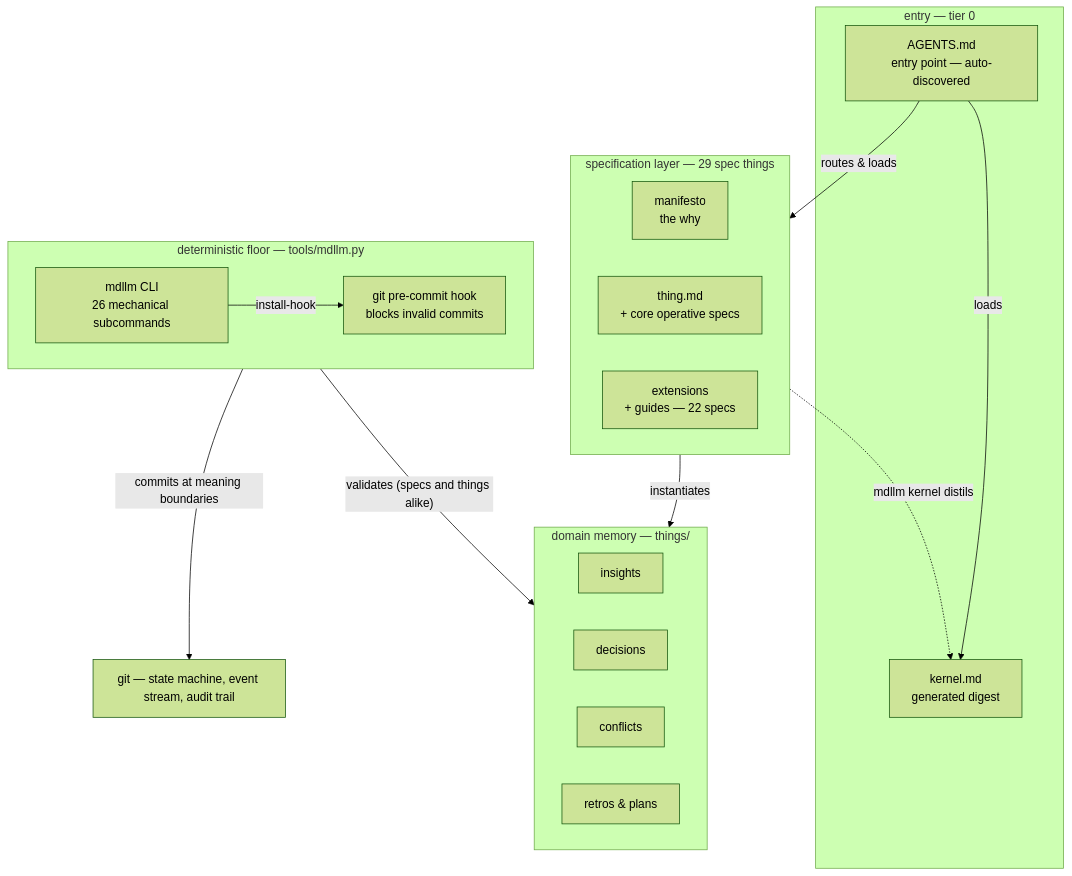
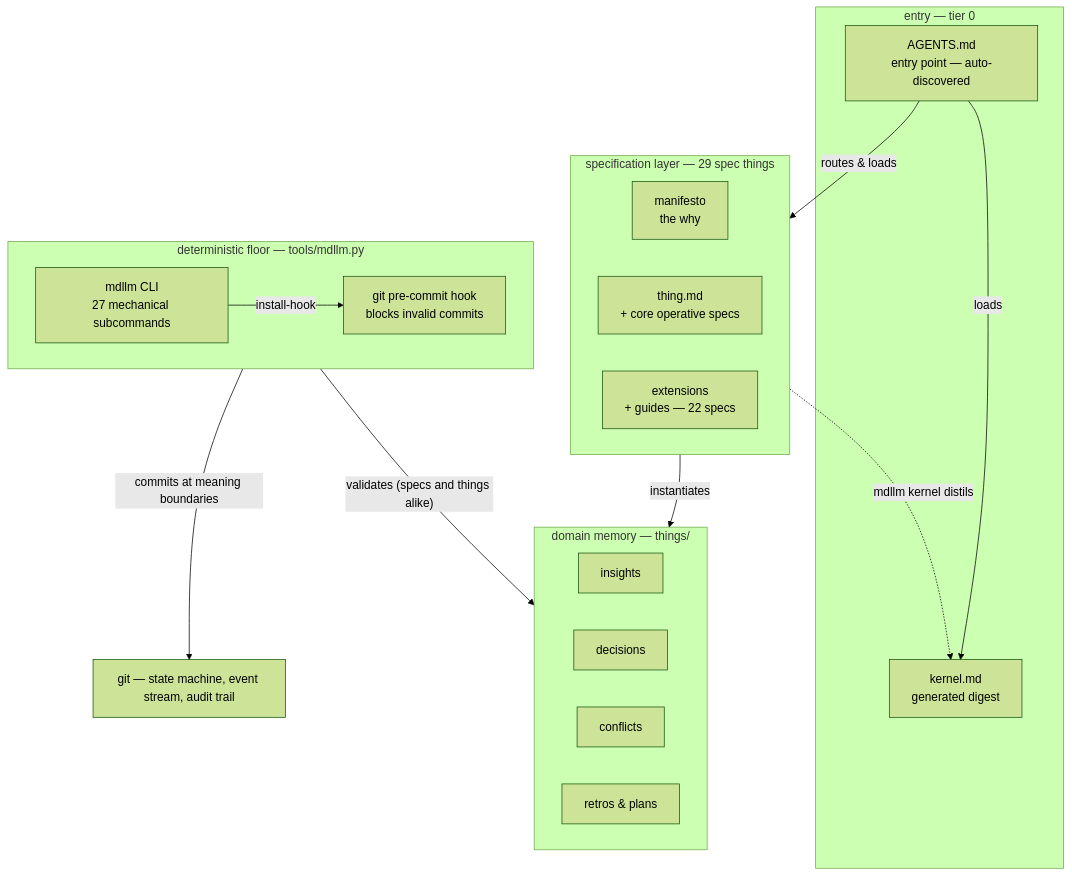
Before and after one commit to JanoshMoshiri/MarkdownLLM: the first of 4 diagrams in docs/framework-map.md, drawn with Mermaid (forest theme). The commit also changed other lines of this file and 4 other files, not shown here.

````diff
--- a/docs/framework-map.md
+++ b/docs/framework-map.md
@@ -54,31 +54,31 @@
 ```mermaid
 flowchart TD
     subgraph entry ["entry — tier 0"]
         AGENTS["AGENTS.md<br/>entry point — auto-discovered"]
         KERNEL["kernel.md<br/>generated digest"]
     end
     subgraph specs ["specification layer — 29 spec things"]
         MANIFESTO["manifesto<br/>the why"]
         THING["thing.md<br/>+ core operative specs"]
         EXT["extensions<br/>+ guides — 22 specs"]
     end
     subgraph memory ["domain memory — things/"]
         INSIGHTS["insights"]
         DECISIONS["decisions"]
         CONFLICTS["conflicts"]
         RETROS["retros & plans"]
     end
     subgraph floor ["deterministic floor — tools/mdllm.py"]
-        MDLLM["mdllm CLI<br/>26 mechanical subcommands"]
+        MDLLM["mdllm CLI<br/>27 mechanical subcommands"]
         HOOK["git pre-commit hook<br/>blocks invalid commits"]
     end
     GIT["git — state machine, event stream, audit trail"]
 
     AGENTS -->|loads| KERNEL
     AGENTS -->|routes & loads| specs
     specs -.->|"mdllm kernel distils"| KERNEL
     specs -->|instantiates| memory
     MDLLM -->|install-hook| HOOK
     floor -->|"validates (specs and things alike)"| memory
     floor -->|commits at meaning boundaries| GIT
 ```
````
